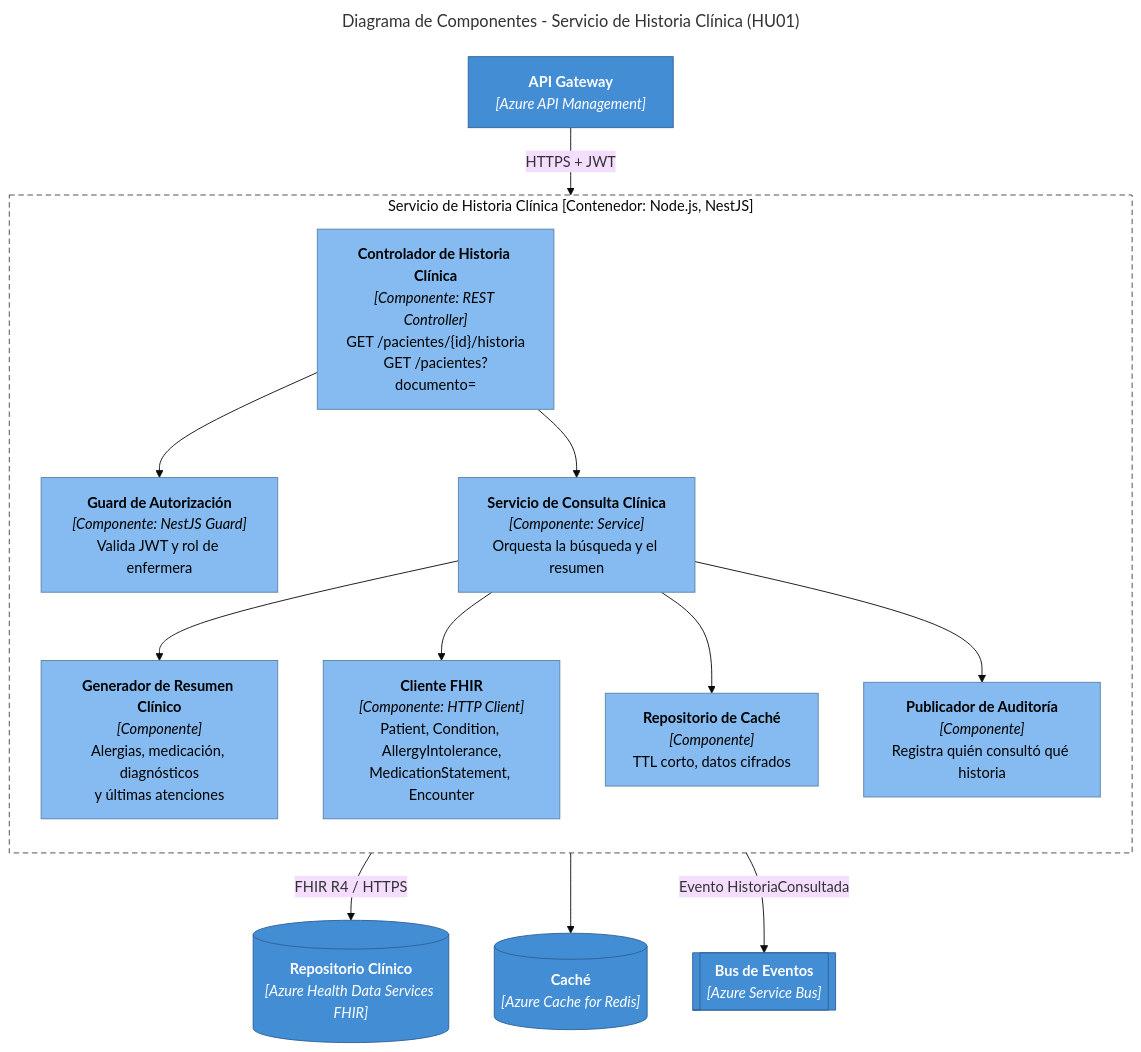
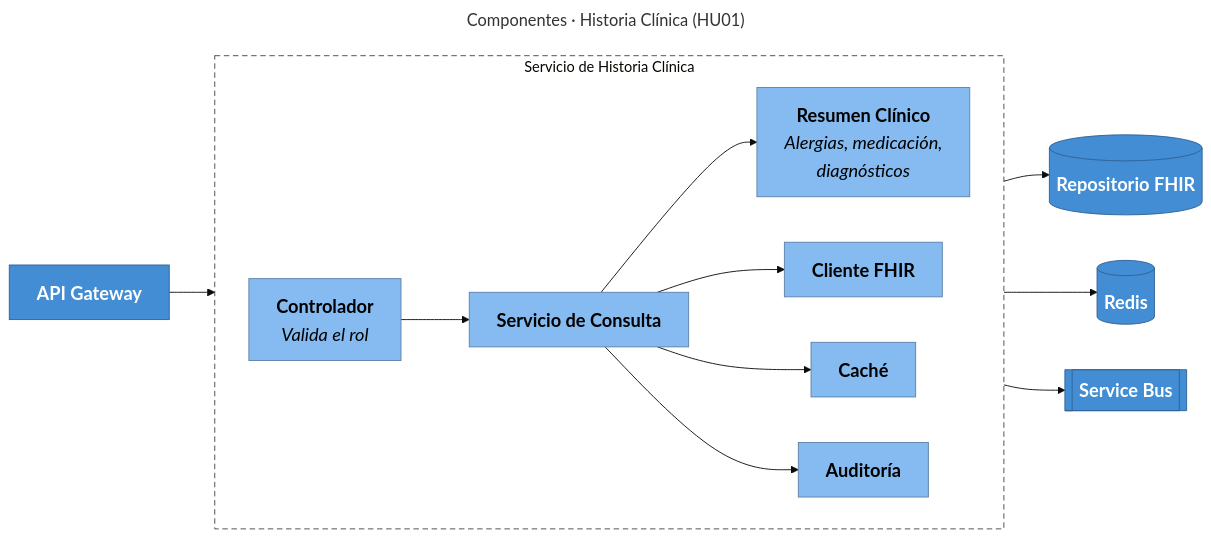
One commit to Jordy-Lv/medical-health-cloud-architecture changed the diagram in diagramas/03a-componentes-historia-clinica.mmd. Above: the diagram before and after it, drawn with Mermaid (base theme). The commit also changed 19 other files, not shown here.

Commit message:
Simplifica los diagramas para que se lean mejor en pantalla

```diff
--- a/diagramas/03a-componentes-historia-clinica.mmd
+++ b/diagramas/03a-componentes-historia-clinica.mmd
@@ -1,38 +1,30 @@
 ---
-title: Diagrama de Componentes - Servicio de Historia Clínica (HU01)
+title: Componentes · Historia Clínica (HU01)
 ---
-flowchart TB
-  gateway["<b>API Gateway</b><br/><i>[Azure API Management]</i>"]
-
-  subgraph svc["Servicio de Historia Clínica [Contenedor: Node.js, NestJS]"]
-    direction TB
-    controlador["<b>Controlador de Historia Clínica</b><br/><i>[Componente: REST Controller]</i><br/>GET /pacientes/{id}/historia<br/>GET /pacientes?documento="]
-    guard["<b>Guard de Autorización</b><br/><i>[Componente: NestJS Guard]</i><br/>Valida JWT y rol de enfermera"]
-    servicio["<b>Servicio de Consulta Clínica</b><br/><i>[Componente: Service]</i><br/>Orquesta la búsqueda y el resumen"]
-    resumidor["<b>Generador de Resumen Clínico</b><br/><i>[Componente]</i><br/>Alergias, medicación, diagnósticos<br/>y últimas atenciones"]
-    clienteFhir["<b>Cliente FHIR</b><br/><i>[Componente: HTTP Client]</i><br/>Patient, Condition, AllergyIntolerance,<br/>MedicationStatement, Encounter"]
-    cacheRepo["<b>Repositorio de Caché</b><br/><i>[Componente]</i><br/>TTL corto, datos cifrados"]
-    auditoria["<b>Publicador de Auditoría</b><br/><i>[Componente]</i><br/>Registra quién consultó qué historia"]
+flowchart LR
+  gateway["<b>API Gateway</b>"]
+  subgraph svc["Servicio de Historia Clínica"]
+    direction LR
+    controlador["<b>Controlador</b><br/><i>Valida el rol</i>"]
+    servicio["<b>Servicio de Consulta</b>"]
+    resumen["<b>Resumen Clínico</b><br/><i>Alergias, medicación,<br/>diagnósticos</i>"]
+    cliente["<b>Cliente FHIR</b>"]
+    cacheC["<b>Caché</b>"]
+    auditoria["<b>Auditoría</b>"]
   end
-
-  fhir[("<b>Repositorio Clínico</b><br/><i>[Azure Health Data Services FHIR]</i>")]
-  cache[("<b>Caché</b><br/><i>[Azure Cache for Redis]</i>")]
-  bus[["<b>Bus de Eventos</b><br/><i>[Azure Service Bus]</i>"]]
-
-  gateway -- "HTTPS + JWT" --> controlador
-  controlador --> guard
-  controlador --> servicio
-  servicio --> resumidor
-  servicio --> clienteFhir
-  servicio --> cacheRepo
-  servicio --> auditoria
-  clienteFhir -- "FHIR R4 / HTTPS" --> fhir
-  cacheRepo --> cache
-  auditoria -- "Evento HistoriaConsultada" --> bus
-
-  classDef componente fill:#85bbf0,stroke:#5d82a8,color:#000000
-  classDef contenedor fill:#438dd5,stroke:#2e6295,color:#ffffff
-  classDef externo fill:#8a8a8a,stroke:#6b6b6b,color:#ffffff
-  class controlador,guard,servicio,resumidor,clienteFhir,cacheRepo,auditoria componente
-  class gateway,fhir,cache,bus contenedor
+  fhir[("<b>Repositorio FHIR</b>")]
+  redis[("<b>Redis</b>")]
+  bus[["<b>Service Bus</b>"]]
+  gateway --> controlador --> servicio
+  servicio --> resumen
+  servicio --> cliente --> fhir
+  servicio --> cacheC --> redis
+  servicio --> auditoria --> bus
+  classDef persona fill:#08427b,stroke:#052e56,color:#ffffff,font-size:20px
+  classDef sistema fill:#1168bd,stroke:#0b4884,color:#ffffff,font-size:22px
+  classDef contenedor fill:#438dd5,stroke:#2e6295,color:#ffffff,font-size:20px
+  classDef componente fill:#85bbf0,stroke:#5d82a8,color:#000000,font-size:20px
+  classDef externo fill:#8a8a8a,stroke:#6b6b6b,color:#ffffff,font-size:20px
+  class controlador,servicio,resumen,cliente,cacheC,auditoria componente
+  class gateway,fhir,redis,bus contenedor
   style svc fill:#ffffff,stroke:#444444,stroke-dasharray:6 4
```
